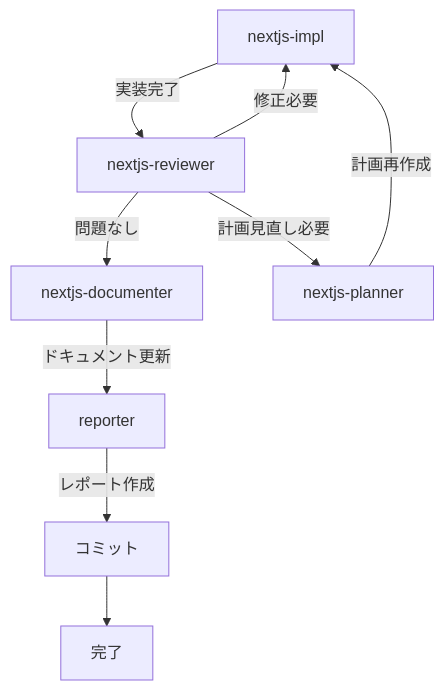
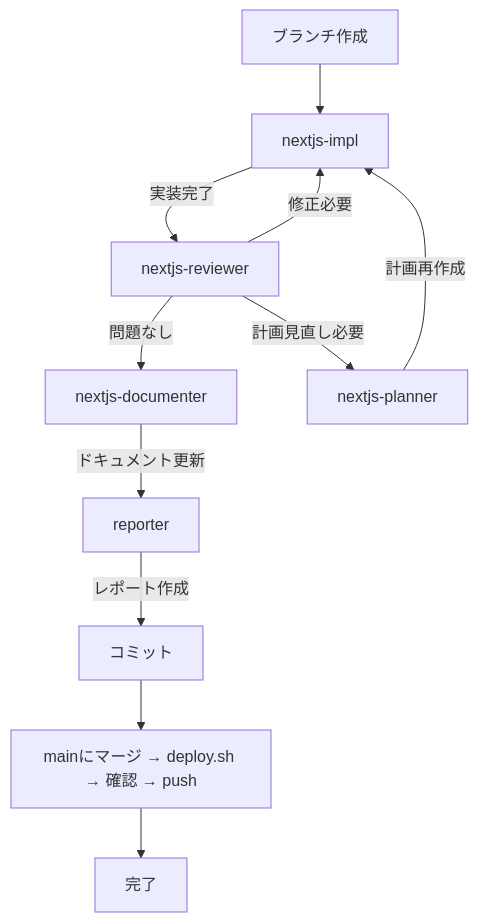
One commit to nyan-tama/Ghostrunner changed the diagram in .claude/commands/nextjs.md. Above: the diagram before and after it, drawn with Mermaid. The commit also changed other lines of this file and 6 other files, not shown here.

````diff
--- a/.claude/commands/nextjs.md
+++ b/.claude/commands/nextjs.md
@@ -7,11 +7,13 @@
 ```mermaid
 flowchart TD
-    A[nextjs-impl] -->|実装完了| B[nextjs-reviewer]
+    Start[ブランチ作成] --> A[nextjs-impl]
+    A -->|実装完了| B[nextjs-reviewer]
     B -->|問題なし| C[nextjs-documenter]
     B -->|修正必要| A
     B -->|計画見直し必要| D[nextjs-planner]
     D -->|計画再作成| A
     C -->|ドキュメント更新| E[reporter]
     E -->|レポート作成| F[コミット]
-    F --> G[完了]
+    F --> N[mainにマージ → deploy.sh → 確認 → push]
+    N --> G[完了]
 ```
````
